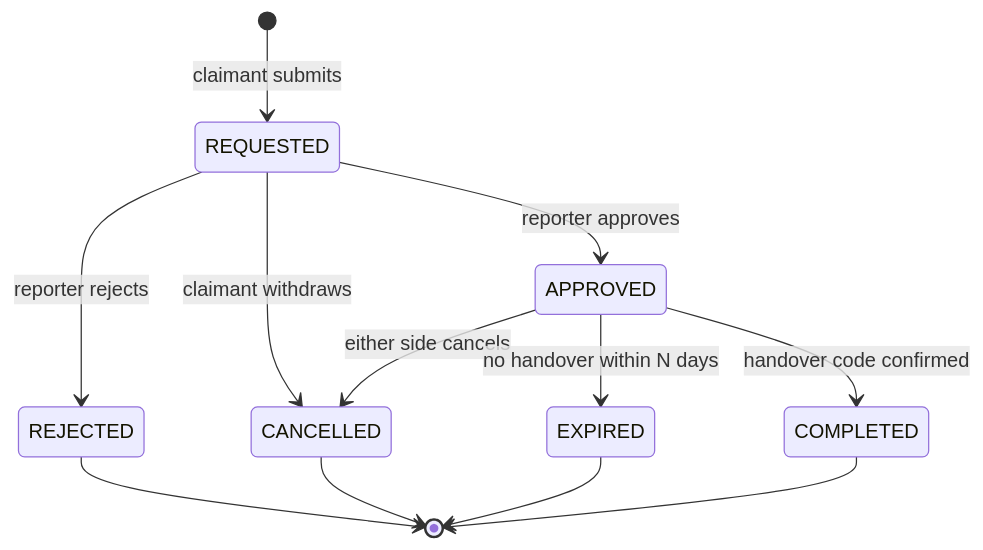
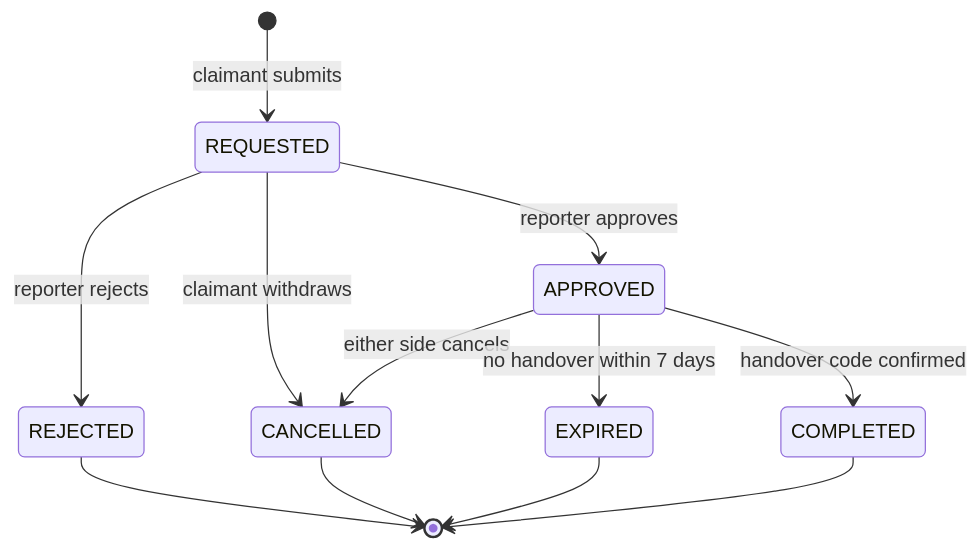
Before and after one commit to nox-pie/RU-Lost-Found: the third of 4 diagrams in docs/architecture/backend.md, drawn with Mermaid. The commit also changed other lines of this file and 1 other file, not shown here.

````diff
--- a/docs/architecture/backend.md
+++ b/docs/architecture/backend.md
@@ -281,14 +317,14 @@
 ```mermaid
 stateDiagram-v2
     [*] --> REQUESTED : claimant submits
     REQUESTED --> APPROVED : reporter approves
     REQUESTED --> REJECTED : reporter rejects
     REQUESTED --> CANCELLED : claimant withdraws
     APPROVED --> COMPLETED : handover code confirmed
     APPROVED --> CANCELLED : either side cancels
-    APPROVED --> EXPIRED : no handover within N days
+    APPROVED --> EXPIRED : no handover within 7 days
     REJECTED --> [*]
     CANCELLED --> [*]
     EXPIRED --> [*]
     COMPLETED --> [*]
 ```
````
